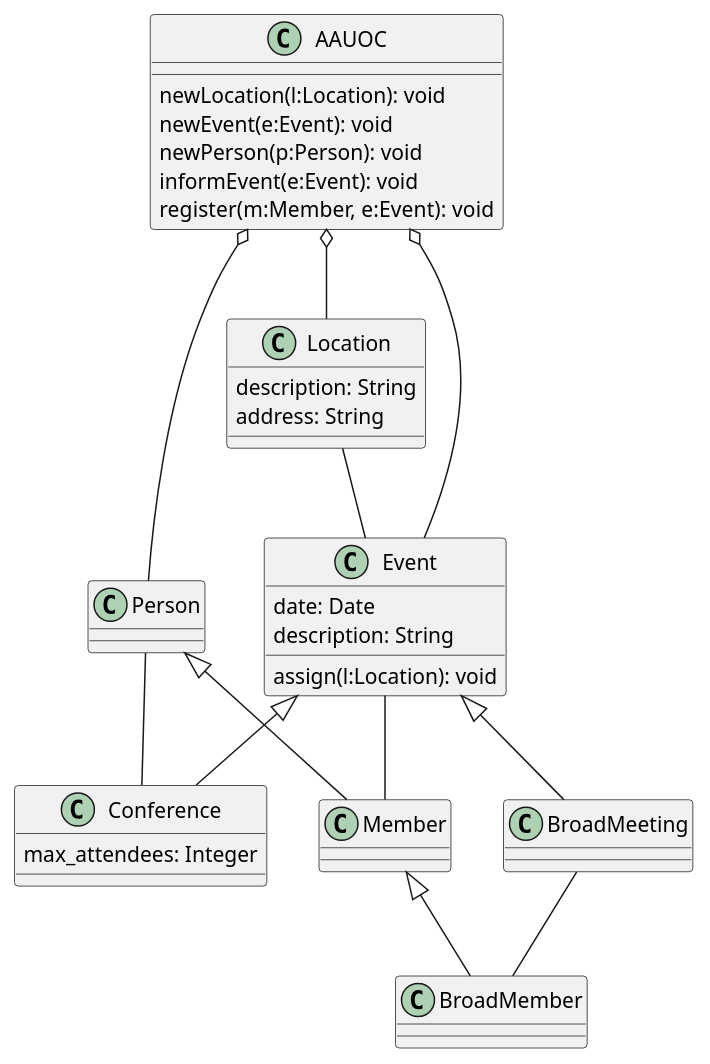
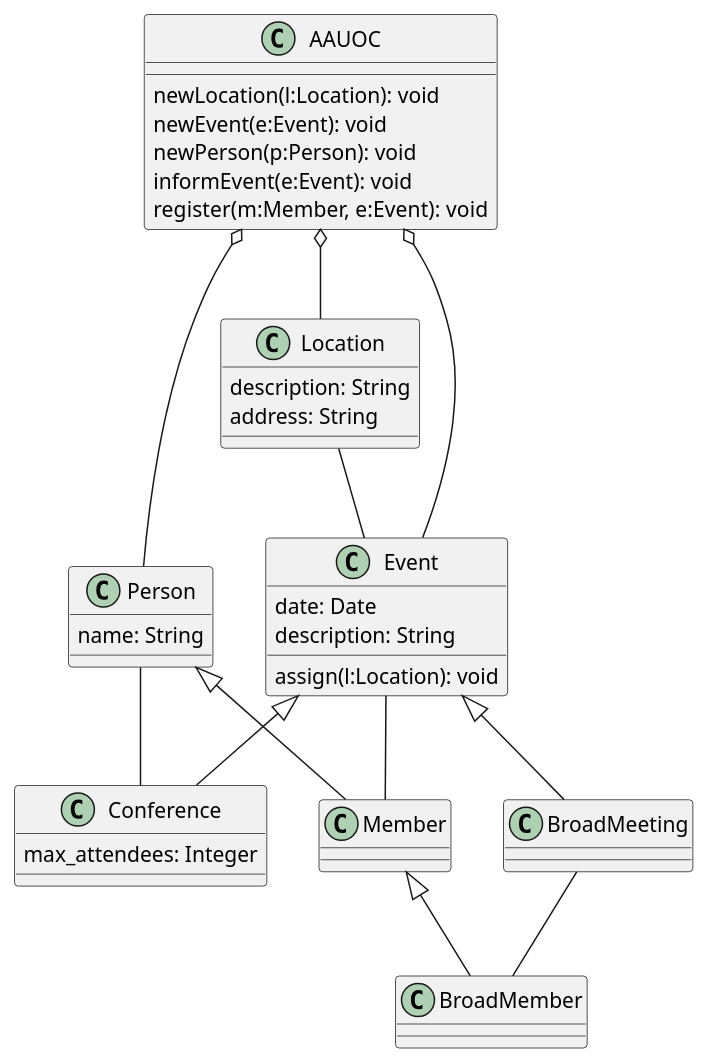
The diagram in P11_Diagrama_UML.puml (sandrasd89/UMLClasesSandra), drawn with PlantUML before and after one commit.

Commit message:
se ha añadido un atributo a person

```diff
--- a/P11_Diagrama_UML.puml
+++ b/P11_Diagrama_UML.puml
@@ -1,54 +1,55 @@
 @startuml
 
 class AAUOC {
     newLocation(l:Location): void
     newEvent(e:Event): void
     newPerson(p:Person): void
     informEvent(e:Event): void
     register(m:Member, e:Event): void
 
 }
 class Location {
     description: String
     address: String
 
 }
 class Event{
     date: Date
     description: String
     assign(l:Location): void
 
 }
 class Conference {
     max_attendees: Integer
 
 }
 class BroadMeeting{
 }
 
 class Person {
+    name: String
 
 }
 class Member{
 
 }
 
 class BroadMember {
 
 }
 
 AAUOC o-- Event
 AAUOC o-- Location
 AAUOC o-- Person
 Location -- Event
 Event <|-- Conference
 Event <|-- BroadMeeting
 Person <|-- Member
 Member <|-- BroadMember
 Event -- Member
 Person -- Conference
 BroadMeeting -- BroadMember
 
 
 
 @enduml
```
